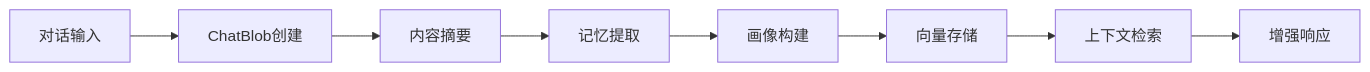
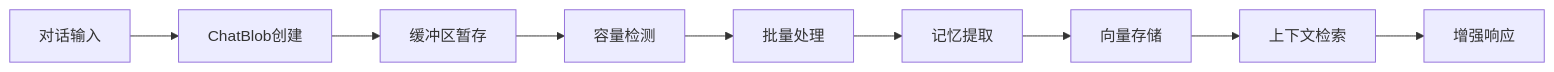
Before and after one commit to AlwaysBluer/lindorm-memobase: the diagram in README.md, drawn with Mermaid. The commit also changed other lines of this file and 4 other files, not shown here.

````diff
--- a/README.md
+++ b/README.md
@@ -156,10 +282,11 @@
 ```mermaid
 graph LR
     A[对话输入] --> B[ChatBlob创建]
-    B --> C[内容摘要]
-    C --> D[记忆提取]
-    D --> E[画像构建]
-    E --> F[向量存储]
-    F --> G[上下文检索]
-    G --> H[增强响应]
+    B --> C[缓冲区暂存]
+    C --> D[容量检测]
+    D --> E[批量处理]
+    E --> F[记忆提取]
+    F --> G[向量存储]
+    G --> H[上下文检索]
+    H --> I[增强响应]
 ```
````
